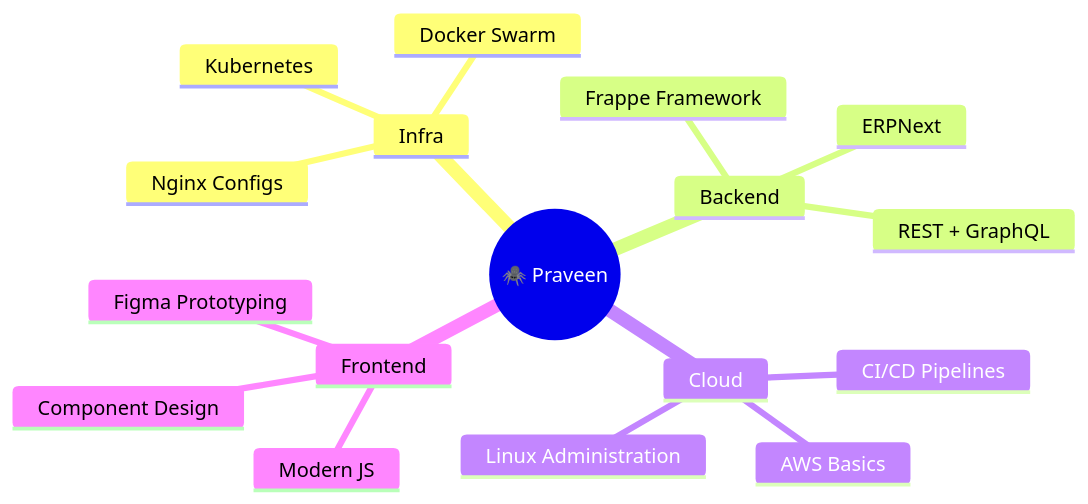
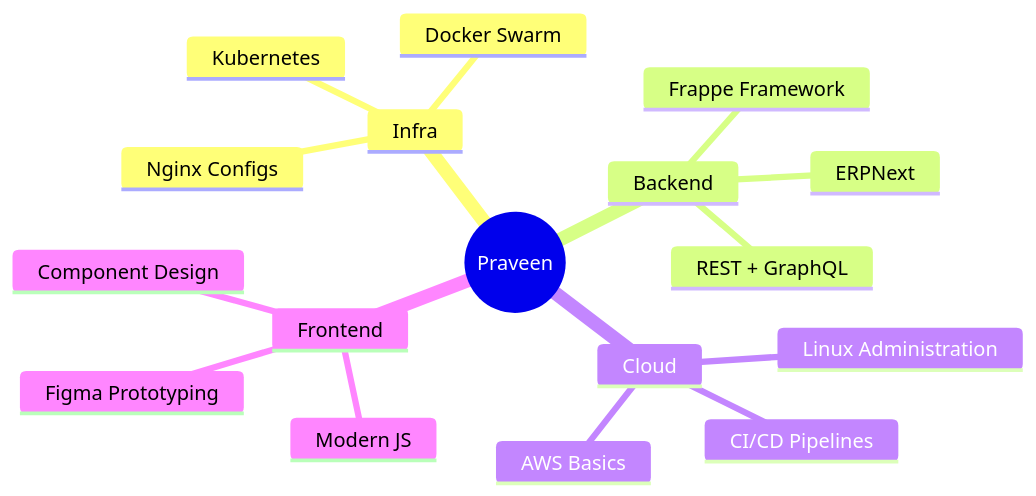
One commit to saintlionelpraveen/saintlionelpraveen changed the diagram in README.md. Above: the diagram before and after it, drawn with Mermaid. The commit also changed other lines of this file, not shown here.

````diff
--- a/README.md
+++ b/README.md
@@ -117,20 +65,20 @@
 ```mermaid
 mindmap
-  root((🕷️ Praveen))
+  root((Praveen))
     Infra
       Kubernetes
       Docker Swarm
       Nginx Configs
     Backend
       Frappe Framework
       ERPNext
       REST + GraphQL
     Cloud
-      AWS Basics
       CI/CD Pipelines
       Linux Administration
+      AWS Basics
     Frontend
       Modern JS
       Component Design
       Figma Prototyping
 ```
````
